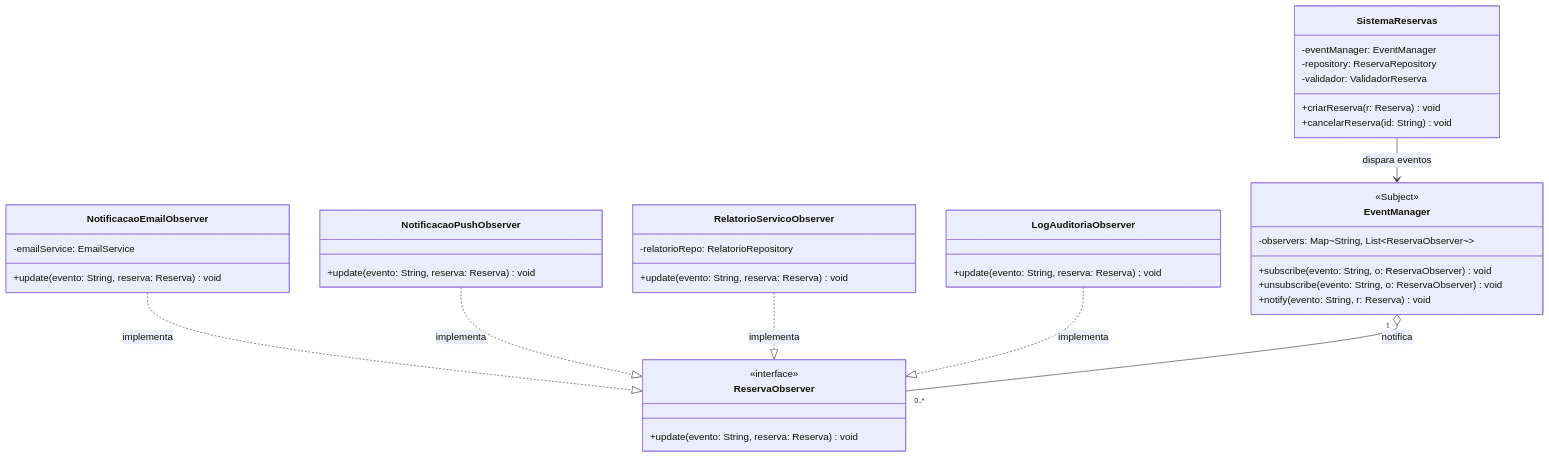
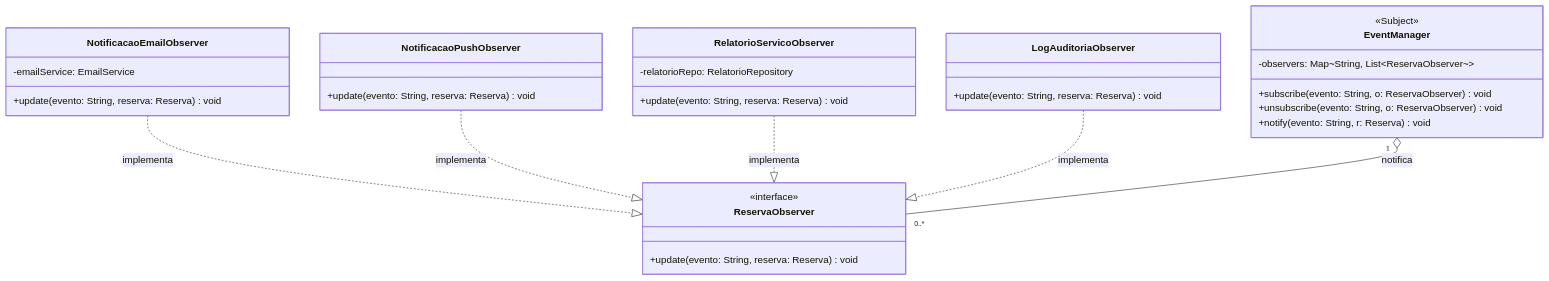
Before and after one commit to nicolascabanas/Study-Classes-Booking-System: the fifth of 7 diagrams in docs/IDEA.md, drawn with Mermaid.

Commit message:
feat: ajustes na implementação do padrão observer

````diff
--- a/docs/IDEA.md
+++ b/docs/IDEA.md
@@ -276,50 +276,41 @@
 ```mermaid
 classDiagram
     direction TB
 
     class EventManager {
         <<Subject>>
         -observers: Map~String, List~ReservaObserver~~
         +subscribe(evento: String, o: ReservaObserver) void
         +unsubscribe(evento: String, o: ReservaObserver) void
         +notify(evento: String, r: Reserva) void
     }
 
     class ReservaObserver {
         <<interface>>
         +update(evento: String, reserva: Reserva) void
     }
 
     class NotificacaoEmailObserver {
         -emailService: EmailService
         +update(evento: String, reserva: Reserva) void
     }
 
     class NotificacaoPushObserver {
         +update(evento: String, reserva: Reserva) void
     }
 
     class RelatorioServicoObserver {
         -relatorioRepo: RelatorioRepository
         +update(evento: String, reserva: Reserva) void
     }
 
     class LogAuditoriaObserver {
         +update(evento: String, reserva: Reserva) void
     }
 
-    class SistemaReservas {
-        -eventManager: EventManager
-        -repository: ReservaRepository
-        -validador: ValidadorReserva
-        +criarReserva(r: Reserva) void
-        +cancelarReserva(id: String) void
-    }
-
     NotificacaoEmailObserver ..|> ReservaObserver : implementa
     NotificacaoPushObserver ..|> ReservaObserver : implementa
     RelatorioServicoObserver ..|> ReservaObserver : implementa
     LogAuditoriaObserver ..|> ReservaObserver : implementa
     EventManager "1" o-- "0..*" ReservaObserver : notifica
-    SistemaReservas --> EventManager : dispara eventos
 ```
````
